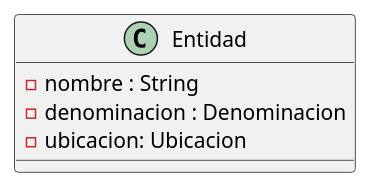
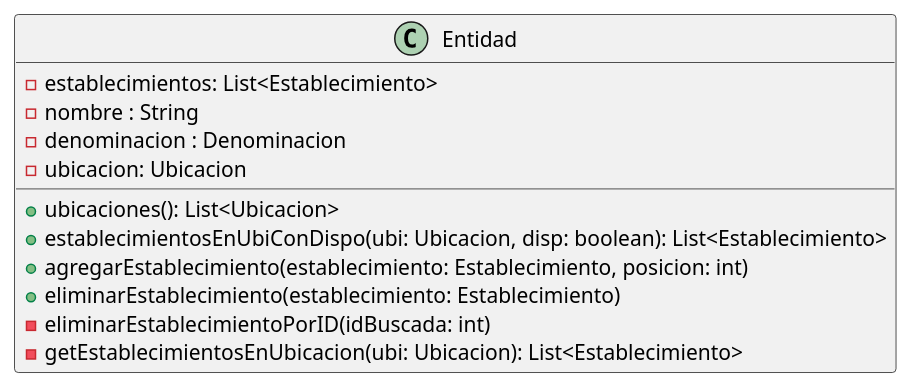
One commit to mbertogliati/dds-tpa changed the diagram in DC/E3/domain/entidades/Entidad.puml. Above: the diagram before and after it, drawn with PlantUML. The commit also changed 3 other files, not shown here.

Commit message:
Update diagrama de clases

```diff
--- a/DC/E3/domain/entidades/Entidad.puml
+++ b/DC/E3/domain/entidades/Entidad.puml
@@ -1,10 +1,18 @@
 @startuml
 'https://plantuml.com/class-diagram
 
 class Entidad{
+    - establecimientos: List<Establecimiento>
     - nombre : String
     - denominacion : Denominacion
     - ubicacion: Ubicacion
+
+    +ubicaciones(): List<Ubicacion>
+    +establecimientosEnUbiConDispo(ubi: Ubicacion, disp: boolean): List<Establecimiento>
+    +agregarEstablecimiento(establecimiento: Establecimiento, posicion: int)
+    +eliminarEstablecimiento(establecimiento: Establecimiento)
+    -eliminarEstablecimientoPorID(idBuscada: int)
+    -getEstablecimientosEnUbicacion(ubi: Ubicacion): List<Establecimiento>
 }
 
 @enduml
```
